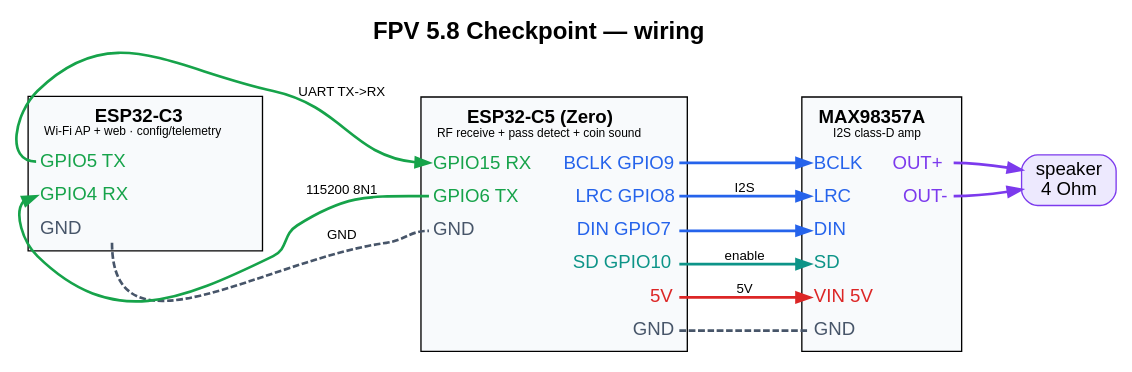
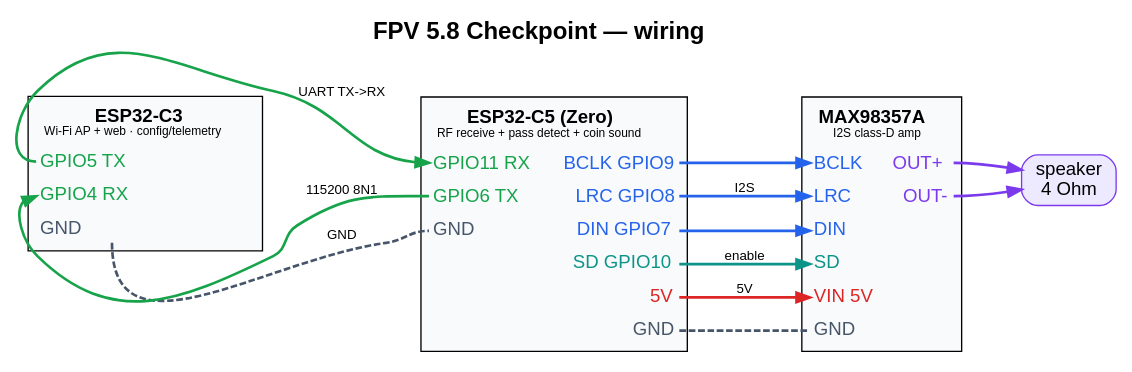
Before and after one commit to defane/FPV-5.8-Checkoint: the diagram in docs/wiring.dot, drawn with Graphviz. The commit also changed 7 other files, not shown here.

```diff
--- a/docs/wiring.dot
+++ b/docs/wiring.dot
@@ -1,64 +1,64 @@
 // FPV 5.8 Checkpoint wiring: ESP32-C3 <-UART-> ESP32-C5 <-I2S-> MAX98357A -> speaker.
 // Render:  dot -Tpng docs/wiring.dot -o docs/wiring.png   (or -Tsvg)
 // Pin defaults: firmware/c3/main/Kconfig.projbuild, components/checkpoint/Kconfig,
 //               components/audio_player/Kconfig (see CLAUDE.md "Wiring").
 digraph wiring {
   rankdir=LR;
   bgcolor="white";
   labelloc="t";
   label=<<b>FPV 5.8 Checkpoint — wiring</b>>;
   fontname="Helvetica"; fontsize=18;
   node [shape=plaintext, fontname="Helvetica"];
   edge [fontname="Helvetica", fontsize=10, penwidth=2];
 
   c3 [label=<
     <table border="1" cellborder="0" cellspacing="6" bgcolor="#f8fafc">
       <tr><td colspan="2"><b>ESP32-C3</b><br/><font point-size="9">Wi-Fi AP + web &#183; config/telemetry</font></td></tr>
       <tr><td align="left" port="tx"><font color="#16a34a">GPIO5 TX</font></td><td></td></tr>
       <tr><td align="left" port="rx"><font color="#16a34a">GPIO4 RX</font></td><td></td></tr>
       <tr><td align="left" port="gnd"><font color="#475569">GND</font></td><td></td></tr>
     </table>>];
 
   c5 [label=<
     <table border="1" cellborder="0" cellspacing="6" bgcolor="#f8fafc">
       <tr><td colspan="2"><b>ESP32-C5 (Zero)</b><br/><font point-size="9">RF receive + pass detect + coin sound</font></td></tr>
-      <tr><td align="left" port="rx"><font color="#16a34a">GPIO15 RX</font></td><td align="right" port="bclk"><font color="#2563eb">BCLK GPIO9</font></td></tr>
+      <tr><td align="left" port="rx"><font color="#16a34a">GPIO11 RX</font></td><td align="right" port="bclk"><font color="#2563eb">BCLK GPIO9</font></td></tr>
       <tr><td align="left" port="tx"><font color="#16a34a">GPIO6 TX</font></td><td align="right" port="lrc"><font color="#2563eb">LRC GPIO8</font></td></tr>
       <tr><td align="left" port="gnd"><font color="#475569">GND</font></td><td align="right" port="din"><font color="#2563eb">DIN GPIO7</font></td></tr>
       <tr><td></td><td align="right" port="sd"><font color="#0d9488">SD GPIO10</font></td></tr>
       <tr><td></td><td align="right" port="v5"><font color="#dc2626">5V</font></td></tr>
       <tr><td></td><td align="right" port="gnd2"><font color="#475569">GND</font></td></tr>
     </table>>];
 
   max [label=<
     <table border="1" cellborder="0" cellspacing="6" bgcolor="#f8fafc">
       <tr><td colspan="2"><b>MAX98357A</b><br/><font point-size="9">I2S class-D amp</font></td></tr>
       <tr><td align="left" port="bclk"><font color="#2563eb">BCLK</font></td><td align="right" port="outp"><font color="#7c3aed">OUT+</font></td></tr>
       <tr><td align="left" port="lrc"><font color="#2563eb">LRC</font></td><td align="right" port="outn"><font color="#7c3aed">OUT-</font></td></tr>
       <tr><td align="left" port="din"><font color="#2563eb">DIN</font></td><td></td></tr>
       <tr><td align="left" port="sd"><font color="#0d9488">SD</font></td><td></td></tr>
       <tr><td align="left" port="vin"><font color="#dc2626">VIN 5V</font></td><td></td></tr>
       <tr><td align="left" port="gnd"><font color="#475569">GND</font></td><td></td></tr>
     </table>>];
 
   spk [shape=box, style="filled,rounded", fillcolor="#ede9fe", color="#7c3aed", label="speaker\n4 Ohm"];
 
   // UART link (crossed TX/RX), common ground
   c3:tx -> c5:rx   [color="#16a34a", label="UART TX->RX"];
   c5:tx -> c3:rx   [color="#16a34a", label="115200 8N1"];
   c3:gnd -> c5:gnd [color="#475569", dir=none, style=dashed, label="GND"];
 
   // I2S bus (C5 -> amp)
   c5:bclk -> max:bclk [color="#2563eb"];
   c5:lrc  -> max:lrc  [color="#2563eb", label="I2S"];
   c5:din  -> max:din  [color="#2563eb"];
   c5:sd   -> max:sd   [color="#0d9488", label="enable"];
 
   // Power
   c5:v5   -> max:vin  [color="#dc2626", label="5V"];
   c5:gnd2 -> max:gnd  [color="#475569", dir=none, style=dashed];
 
   // Speaker
   max:outp -> spk [color="#7c3aed"];
   max:outn -> spk [color="#7c3aed"];
 }
```
